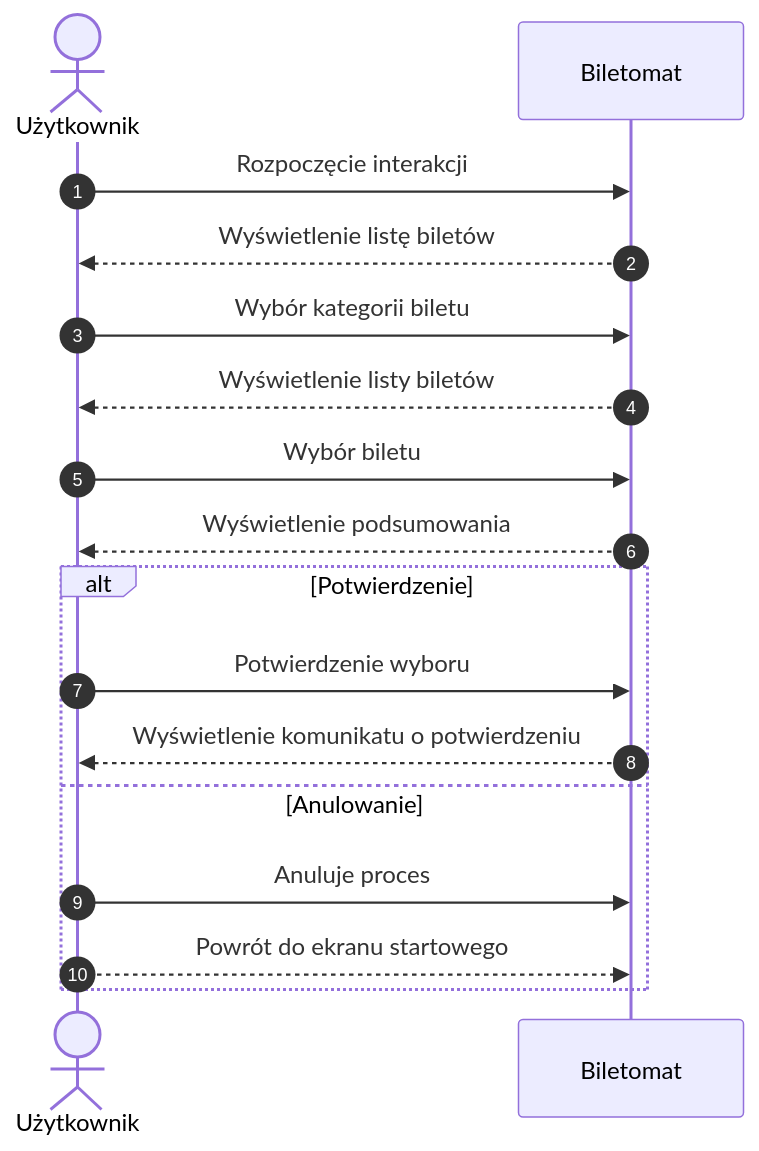
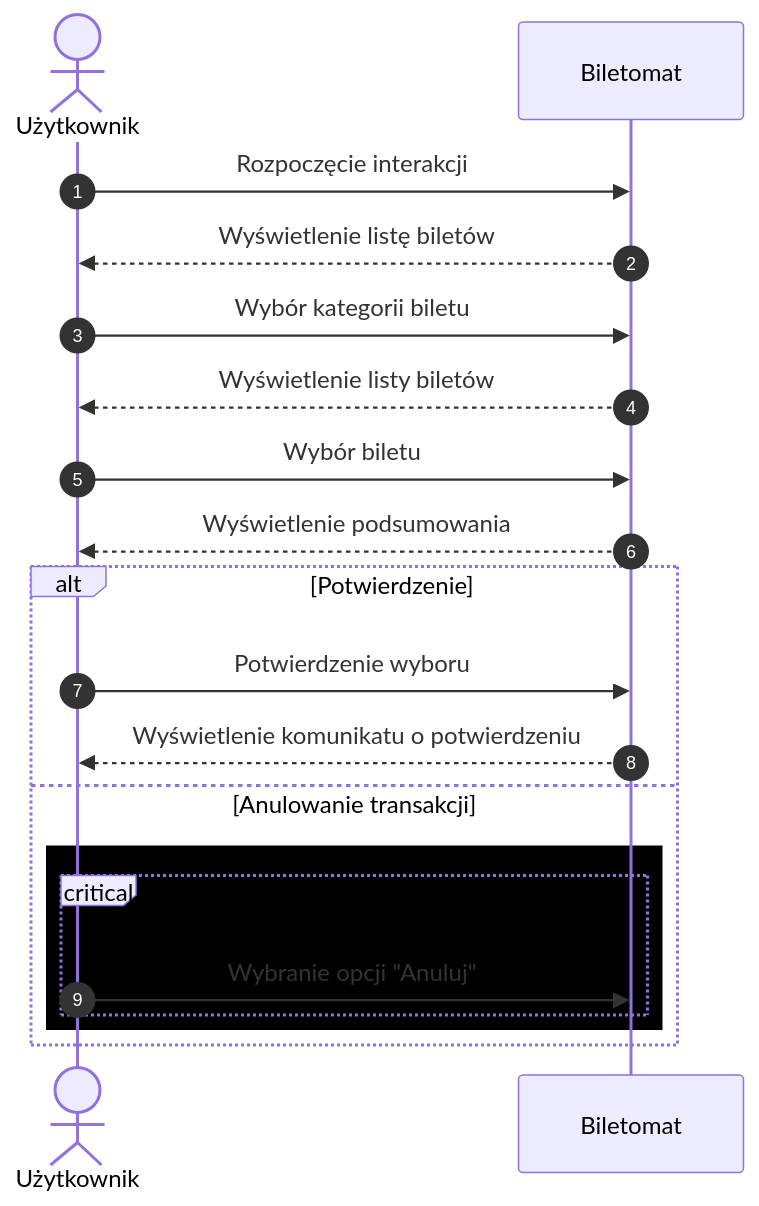
One commit to Mkkami/MWO changed the first of 4 diagrams in sekwencja.md. Above: the diagram before and after it, drawn with Mermaid. The commit also changed other lines of this file, not shown here.

Commit message:
Refactor transaction cancellation flow in sekwencja.md

````diff
--- a/sekwencja.md
+++ b/sekwencja.md
@@ -2,24 +2,27 @@
 ```mermaid
 sequenceDiagram
 autonumber
     actor U as Użytkownik
     participant B as Biletomat
 
     U ->> B: Rozpoczęcie interakcji
     B -->> U: Wyświetlenie listę biletów
     
     U->>B: Wybór kategorii biletu
     B-->>U: Wyświetlenie listy biletów
     
     U->>B: Wybór biletu
     B-->>U: Wyświetlenie podsumowania
 
     alt Potwierdzenie
         U->>B: Potwierdzenie wyboru
         B-->>U: Wyświetlenie komunikatu o potwierdzeniu
-    else Anulowanie
-        U->>B: Anuluje proces
-        U-->>B: Powrót do ekranu startowego
+    else Anulowanie transakcji
+         rect rgb(0, 0, 0)
+            critical Referencja: Anulowanie transakcji
+                U->>B: Wybranie opcji "Anuluj"
+            end
+        end
     end
 
 ```
````
